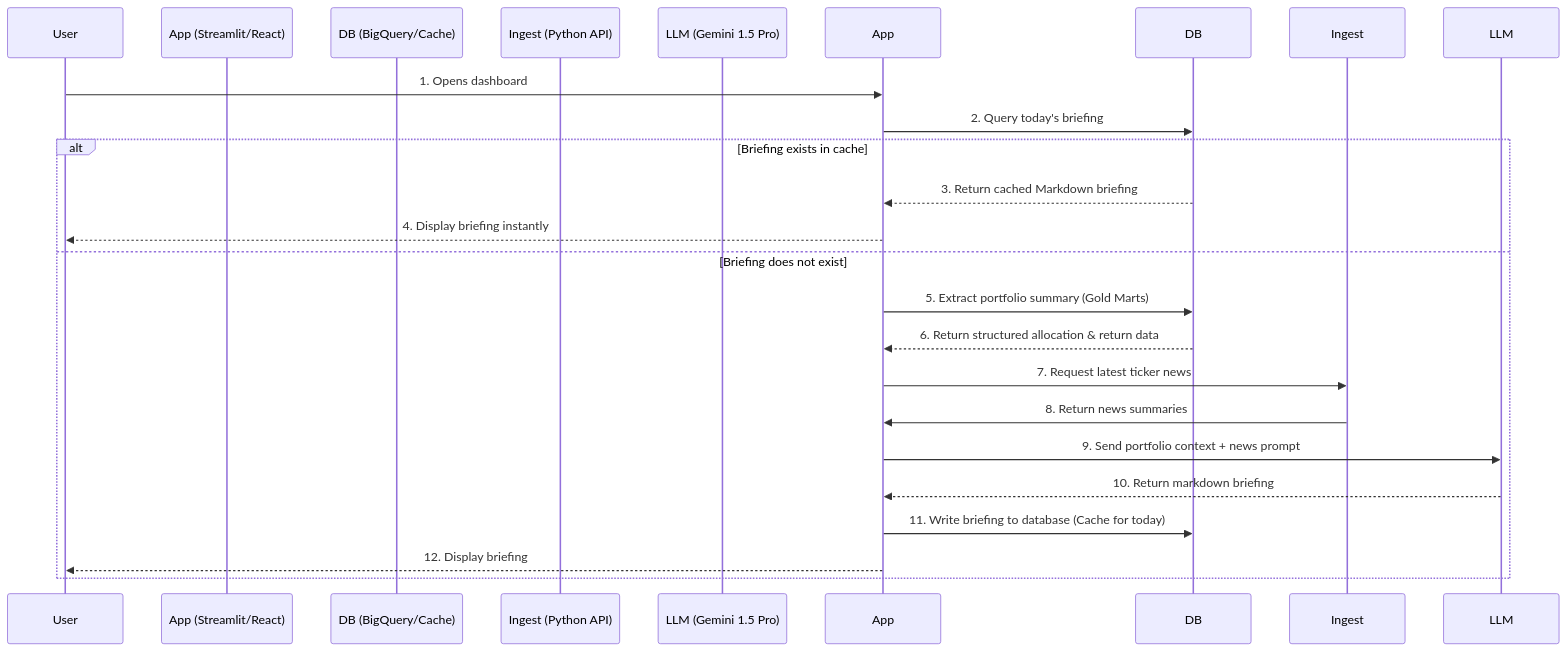
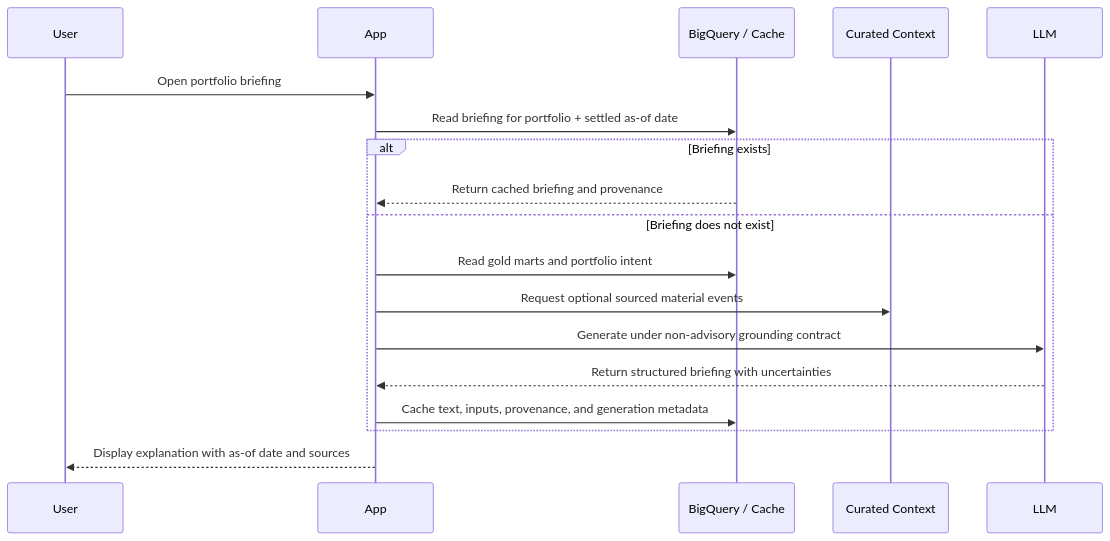
The diagram in docs/roadmap_ai_portfolio_analyst.md (TimurAkhtemov/Anchor), drawn with Mermaid before and after one commit. The commit also changed other lines of this file and 3 other files, not shown here.

Commit message:
docs: roadmap reframe (product principles, grounded milestones) + LLM copilot briefing design

````diff
--- a/docs/roadmap_ai_portfolio_analyst.md
+++ b/docs/roadmap_ai_portfolio_analyst.md
@@ -17,24 +40,21 @@
 ```mermaid
 sequenceDiagram
     participant User
-    participant App (Streamlit/React)
-    participant DB (BigQuery/Cache)
-    participant Ingest (Python API)
-    participant LLM (Gemini 1.5 Pro)
+    participant App
+    participant DB as BigQuery / Cache
+    participant Context as Curated Context
+    participant LLM
 
-    User->>App: 1. Opens dashboard
-    App->>DB: 2. Query today's briefing
-    alt Briefing exists in cache
-        DB-->>App: 3. Return cached Markdown briefing
-        App-->>User: 4. Display briefing instantly
+    User->>App: Open portfolio briefing
+    App->>DB: Read briefing for portfolio + settled as-of date
+    alt Briefing exists
+        DB-->>App: Return cached briefing and provenance
     else Briefing does not exist
-        App->>DB: 5. Extract portfolio summary (Gold Marts)
-        DB-->>App: 6. Return structured allocation & return data
-        App->>Ingest: 7. Request latest ticker news
-        Ingest->>App: 8. Return news summaries
-        App->>LLM: 9. Send portfolio context + news prompt
-        LLM-->>App: 10. Return markdown briefing
-        App->>DB: 11. Write briefing to database (Cache for today)
-        App-->>User: 12. Display briefing
+        App->>DB: Read gold marts and portfolio intent
+        App->>Context: Request optional sourced material events
+        App->>LLM: Generate under non-advisory grounding contract
+        LLM-->>App: Return structured briefing with uncertainties
+        App->>DB: Cache text, inputs, provenance, and generation metadata
     end
+    App-->>User: Display explanation with as-of date and sources
 ```
````
